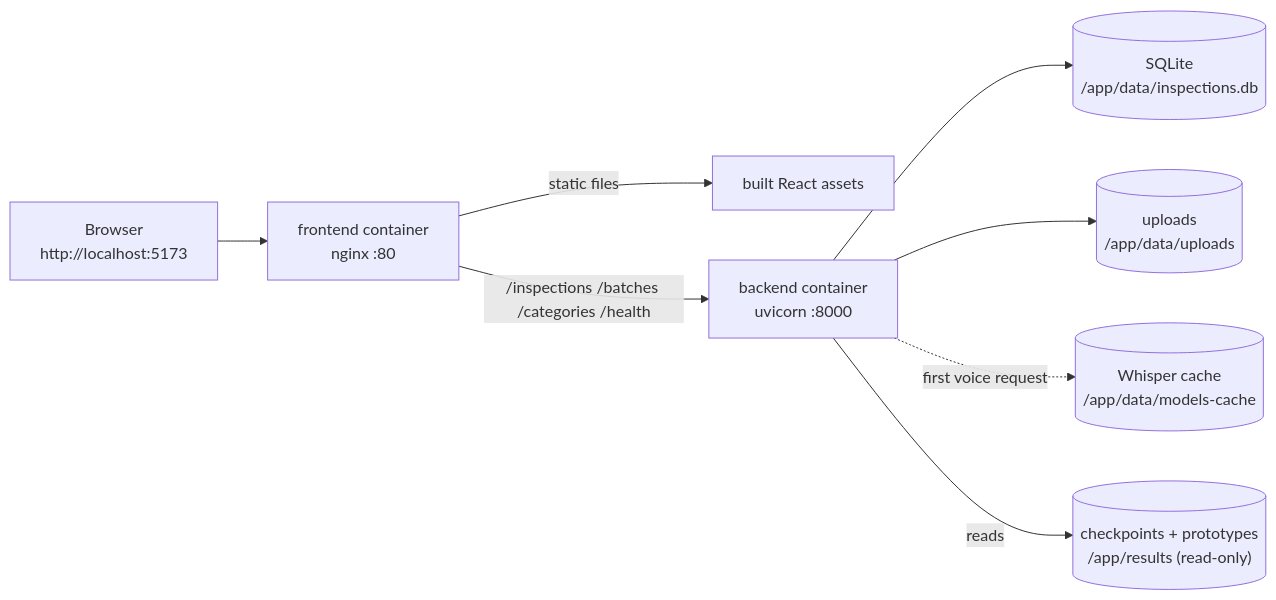
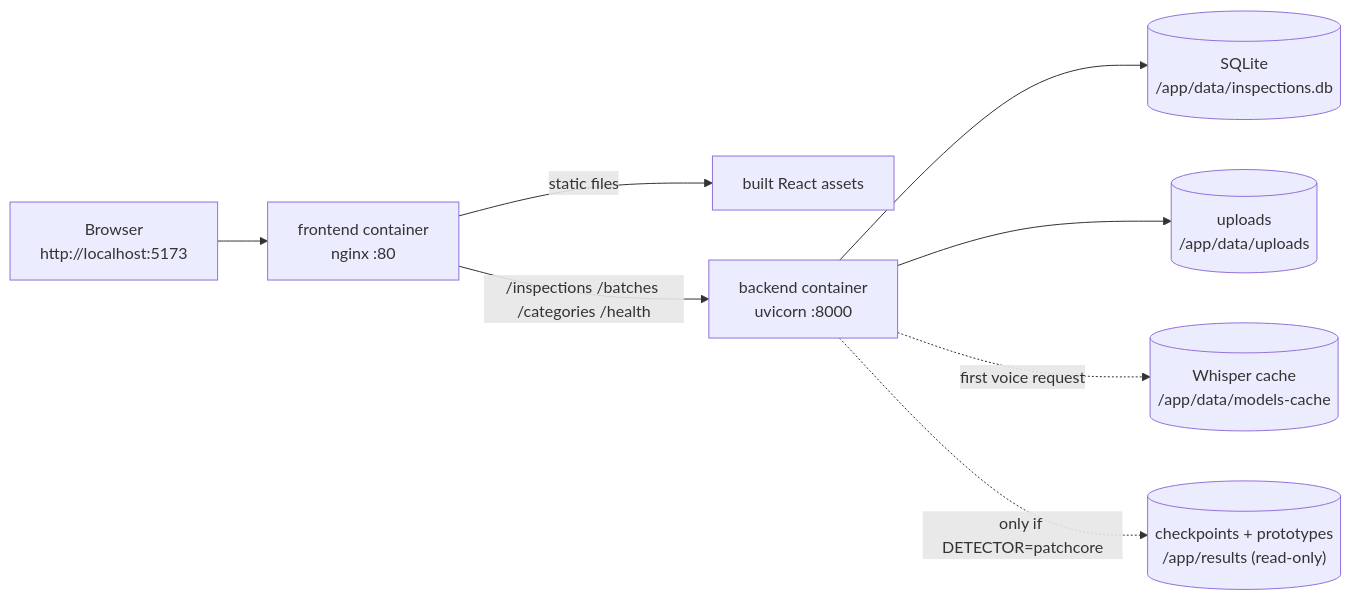
The third of 3 diagrams in docs/ARCHITECTURE.md (sara-wpbrigade/Visual-Defect-Inspector), drawn with Mermaid before and after one commit. The commit also changed other lines of this file and 3 other files, not shown here.

Commit message:
Update README, architecture docs, diagram and test cases

````diff
--- a/docs/ARCHITECTURE.md
+++ b/docs/ARCHITECTURE.md
@@ -136,10 +138,10 @@
 ```mermaid
 flowchart LR
   User["Browser<br/>http://localhost:5173"] --> Nginx["frontend container<br/>nginx :80"]
   Nginx -->|"static files"| Dist["built React assets"]
   Nginx -->|"/inspections /batches /categories /health"| Backend["backend container<br/>uvicorn :8000"]
   Backend --> DB[("SQLite<br/>/app/data/inspections.db")]
   Backend --> Uploads[("uploads<br/>/app/data/uploads")]
   Backend -.->|"first voice request"| HF[("Whisper cache<br/>/app/data/models-cache")]
-  Backend -->|"reads"| Models[("checkpoints + prototypes<br/>/app/results (read-only)")]
+  Backend -.->|"only if DETECTOR=patchcore"| Models[("checkpoints + prototypes<br/>/app/results (read-only)")]
 ```
````
